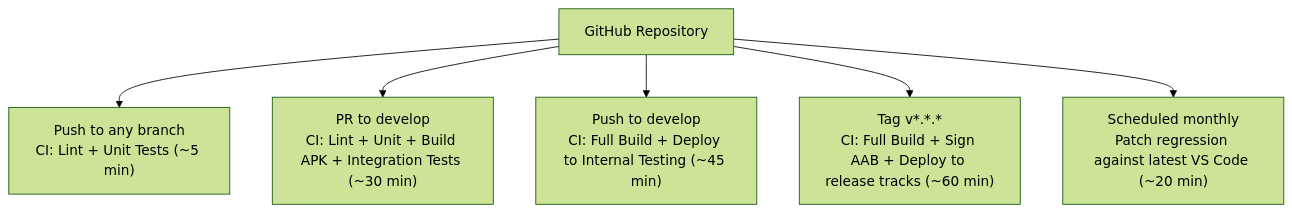
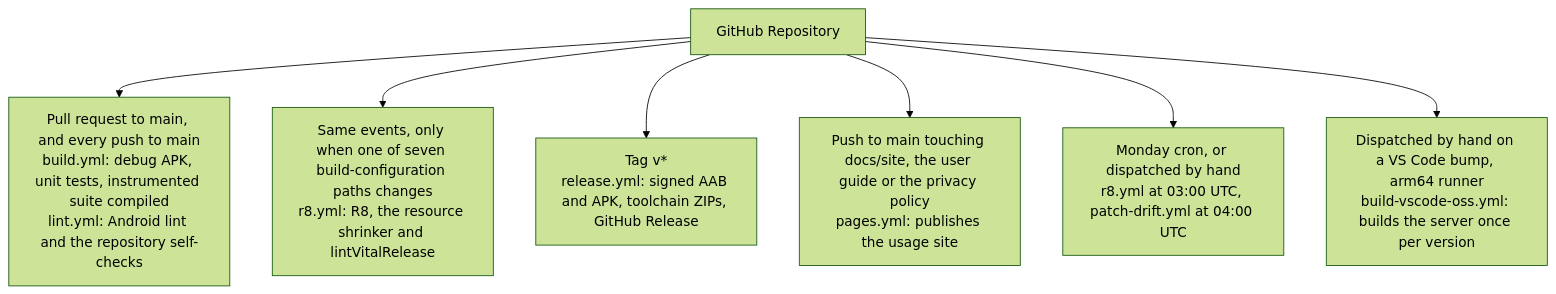
The second of 2 diagrams in docs/10-RELEASE_PLAN.md (cuixinyuan666/vscodroid), drawn with Mermaid (forest theme) before and after one commit. The commit also changed other lines of this file and 18 other files, not shown here.

First line of the commit message:
docs: make every document describe the build that ships

````diff
--- a/docs/10-RELEASE_PLAN.md
+++ b/docs/10-RELEASE_PLAN.md
@@ -64,8 +47,9 @@
 ```mermaid
 flowchart TD
-  REPO["GitHub Repository"] --> B1["Push to any branch<br/>CI: Lint + Unit Tests (~5 min)"]
-  REPO --> B2["PR to develop<br/>CI: Lint + Unit + Build APK + Integration Tests (~30 min)"]
-  REPO --> B3["Push to develop<br/>CI: Full Build + Deploy to Internal Testing (~45 min)"]
-  REPO --> B4["Tag v*.*.*<br/>CI: Full Build + Sign AAB + Deploy to release tracks (~60 min)"]
-  REPO --> B5["Scheduled monthly<br/>Patch regression against latest VS Code (~20 min)"]
+  REPO["GitHub Repository"] --> B1["Pull request to main, and every push to main<br/>build.yml: debug APK, unit tests, instrumented suite compiled<br/>lint.yml: Android lint and the repository self-checks"]
+  REPO --> B2["Same events, only when one of seven build-configuration paths changes<br/>r8.yml: R8, the resource shrinker and lintVitalRelease"]
+  REPO --> B3["Tag v*<br/>release.yml: signed AAB and APK, toolchain ZIPs, GitHub Release"]
+  REPO --> B4["Push to main touching docs/site, the user guide or the privacy policy<br/>pages.yml: publishes the usage site"]
+  REPO --> B5["Monday cron, or dispatched by hand<br/>r8.yml at 03:00 UTC, patch-drift.yml at 04:00 UTC"]
+  REPO --> B6["Dispatched by hand on a VS Code bump, arm64 runner<br/>build-vscode-oss.yml: builds the server once per version"]
 ```
````
